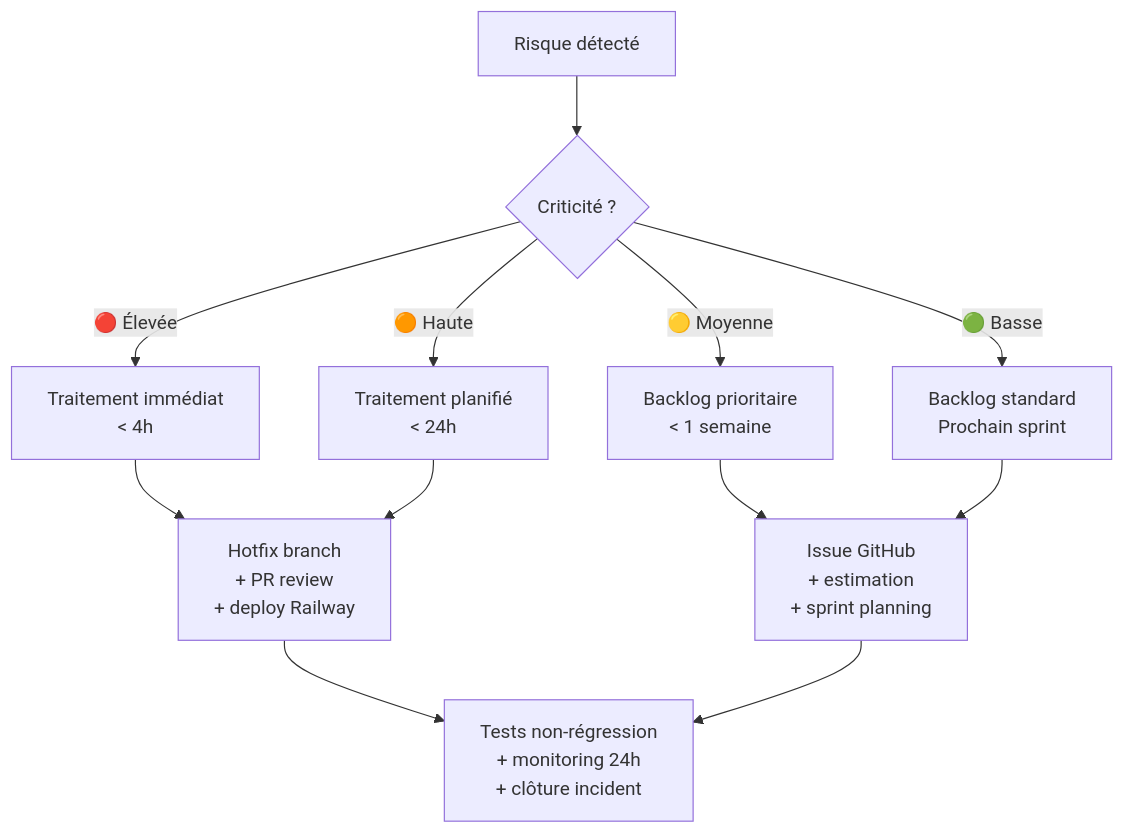
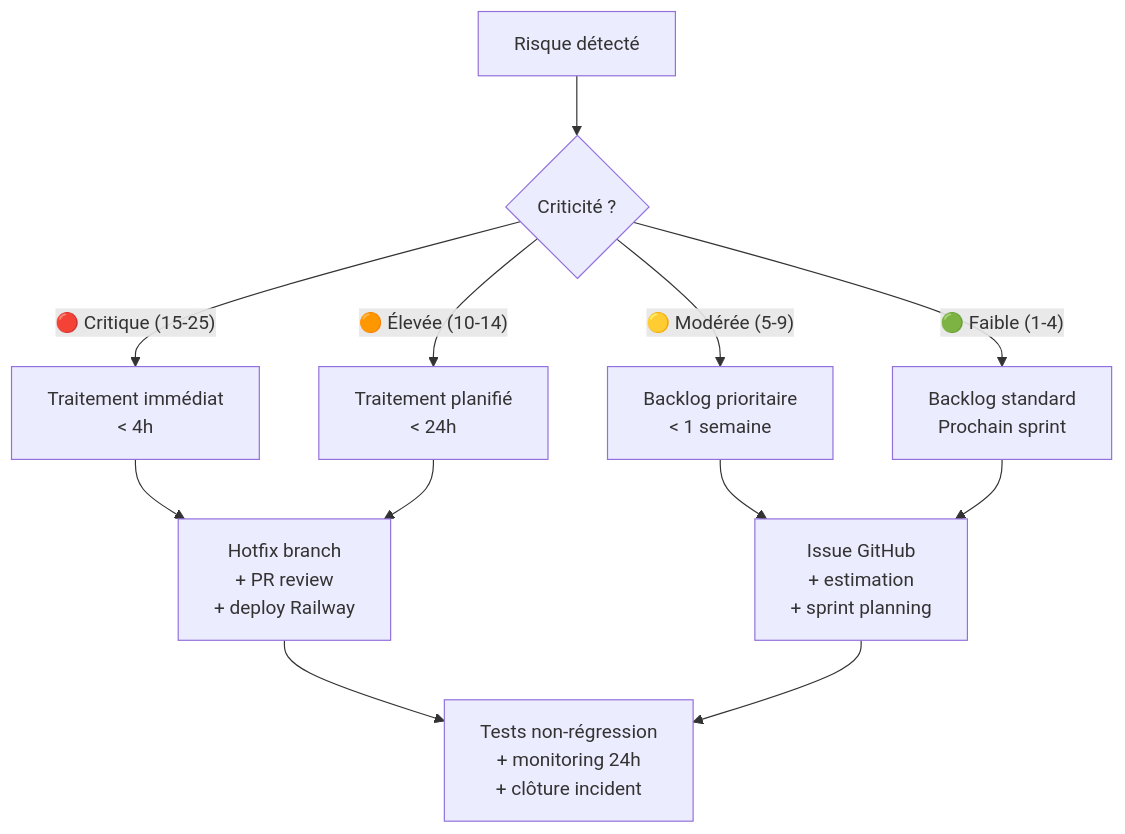
The diagram in docs/BC01/04-risques.md (Hardi99/design-guardian), drawn with Mermaid before and after one commit. The commit also changed other lines of this file and 40 other files, not shown here.

````diff
--- a/docs/BC01/04-risques.md
+++ b/docs/BC01/04-risques.md
@@ -44,16 +46,16 @@
 ```mermaid
 flowchart TD
     A["Risque détecté"] --> B{"Criticité ?"}
-    B -->|"🔴 Élevée"| C["Traitement immédiat<br/>< 4h"]
-    B -->|"🟠 Haute"| D["Traitement planifié<br/>< 24h"]
-    B -->|"🟡 Moyenne"| E["Backlog prioritaire<br/>< 1 semaine"]
-    B -->|"🟢 Basse"| F["Backlog standard<br/>Prochain sprint"]
+    B -->|"🔴 Critique (15-25)"| C["Traitement immédiat<br/>< 4h"]
+    B -->|"🟠 Élevée (10-14)"| D["Traitement planifié<br/>< 24h"]
+    B -->|"🟡 Modérée (5-9)"| E["Backlog prioritaire<br/>< 1 semaine"]
+    B -->|"🟢 Faible (1-4)"| F["Backlog standard<br/>Prochain sprint"]
 
     C --> G["Hotfix branch<br/>+ PR review<br/>+ deploy Railway"]
     D --> G
     E --> H["Issue GitHub<br/>+ estimation<br/>+ sprint planning"]
     F --> H
 
     G --> I["Tests non-régression<br/>+ monitoring 24h<br/>+ clôture incident"]
     H --> I
 ```
````
